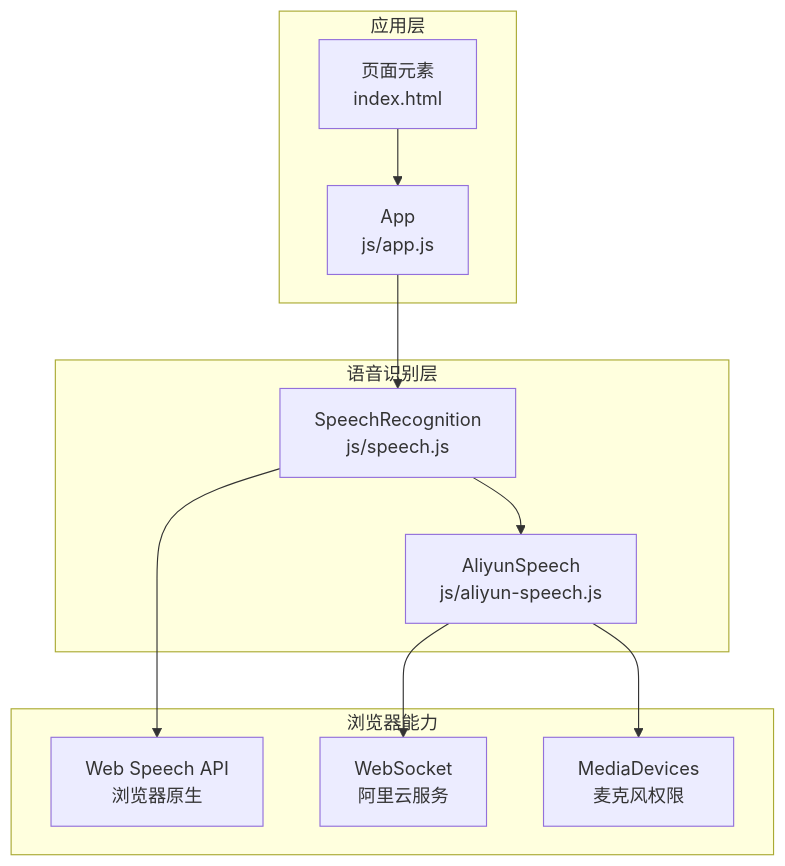
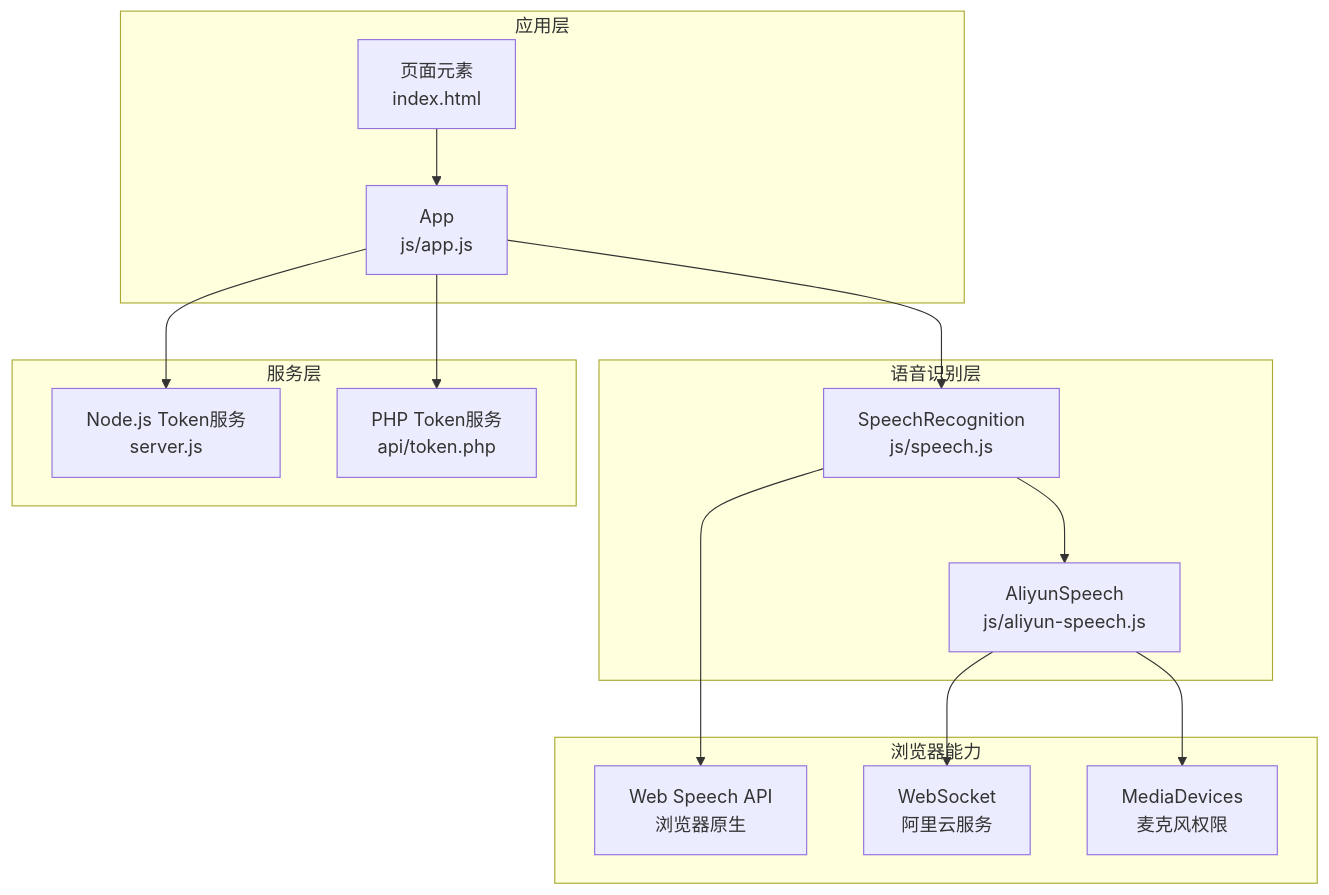
Before and after one commit to db300/MySpeechRecognition: the first of 6 diagrams in .qoder/repowiki/zh/content/语音识别模块详解/错误处理与恢复.md, drawn with Mermaid. The commit also changed other lines of this file and 26 other files, not shown here.

````diff
--- a/.qoder/repowiki/zh/content/语音识别模块详解/错误处理与恢复.md
+++ b/.qoder/repowiki/zh/content/语音识别模块详解/错误处理与恢复.md
@@ -39,22 +49,28 @@
 ```mermaid
 graph TB
 subgraph "应用层"
 APP["App<br/>js/app.js"]
 UI["页面元素<br/>index.html"]
 end
 subgraph "语音识别层"
 SR["SpeechRecognition<br/>js/speech.js"]
-XR["AliyunSpeech<br/>js/aliyun-speech.js"]
+AS["AliyunSpeech<br/>js/aliyun-speech.js"]
 end
 subgraph "浏览器能力"
 NATIVE["Web Speech API<br/>浏览器原生"]
 WS["WebSocket<br/>阿里云服务"]
 MIC["MediaDevices<br/>麦克风权限"]
 end
+subgraph "服务层"
+NODE["Node.js Token服务<br/>server.js"]
+PHP["PHP Token服务<br/>api/token.php"]
+end
 UI --> APP
 APP --> SR
 SR --> NATIVE
-SR --> XR
-XR --> WS
-XR --> MIC
+SR --> AS
+AS --> WS
+AS --> MIC
+APP --> NODE
+APP --> PHP
 ```
````
